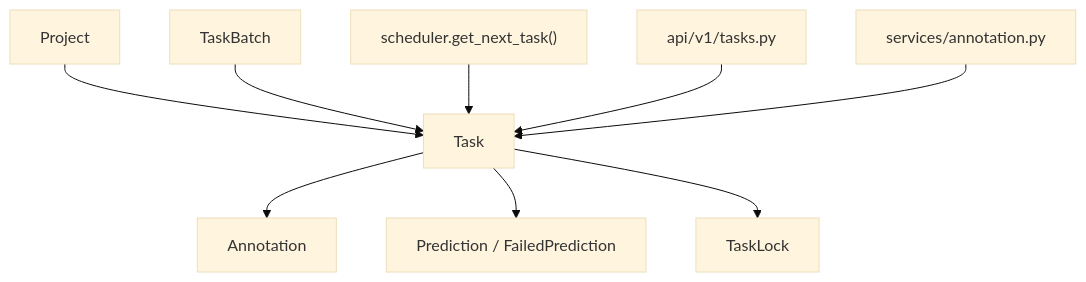
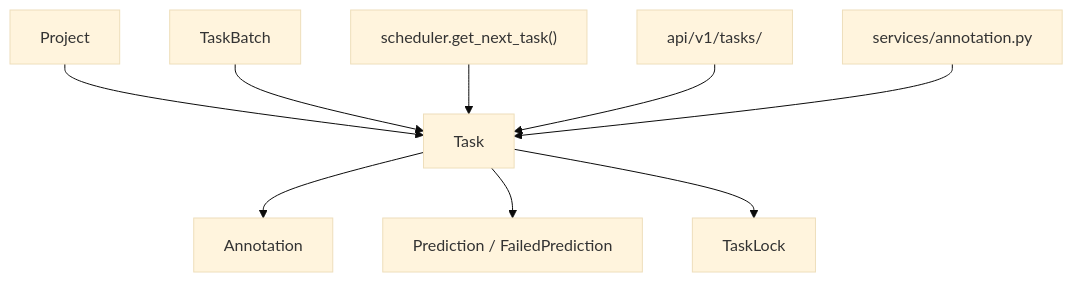
The first of 2 diagrams in docs-site/dev/concepts/task-module.md (yyq19990828/ai-annotation-platform), drawn with Mermaid (base theme) before and after one commit. The commit also changed other lines of this file and 26 other files, not shown here.

First line of the commit message:
refactor(api): 拆 tasks.py 巨石 router 为 tasks/ 子包(v0.16.9)

````diff
--- a/docs-site/dev/concepts/task-module.md
+++ b/docs-site/dev/concepts/task-module.md
@@ -27,11 +27,11 @@
 ```mermaid
 graph TD
   Project["Project"] --> Task["Task"]
   Batch["TaskBatch"] --> Task
   Task --> Annotation["Annotation"]
   Task --> Prediction["Prediction / FailedPrediction"]
   Task --> Lock["TaskLock"]
   Scheduler["scheduler.get_next_task()"] --> Task
-  TaskAPI["api/v1/tasks.py"] --> Task
+  TaskAPI["api/v1/tasks/"] --> Task
   AnnotationSvc["services/annotation.py"] --> Task
 ```
````
